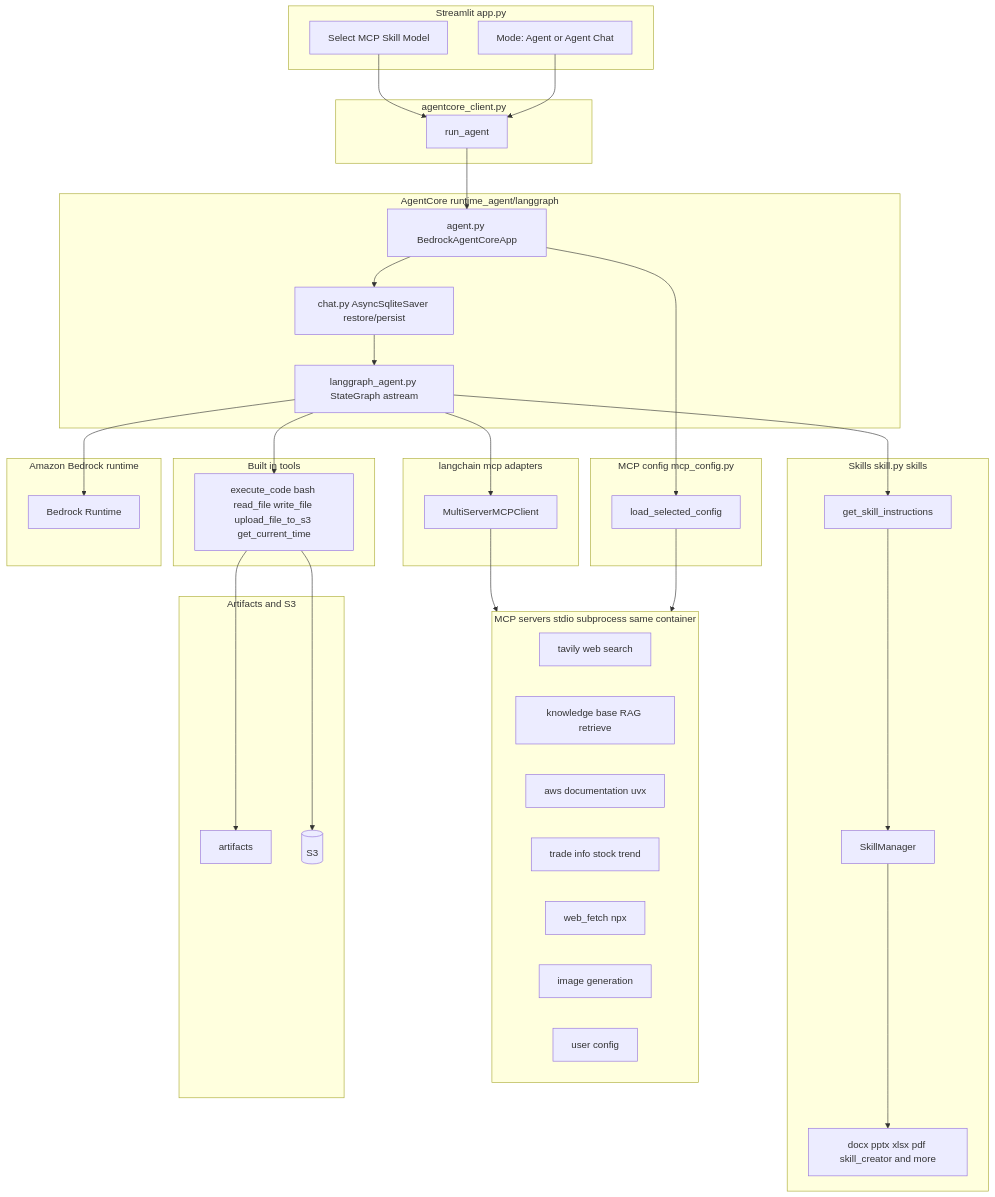
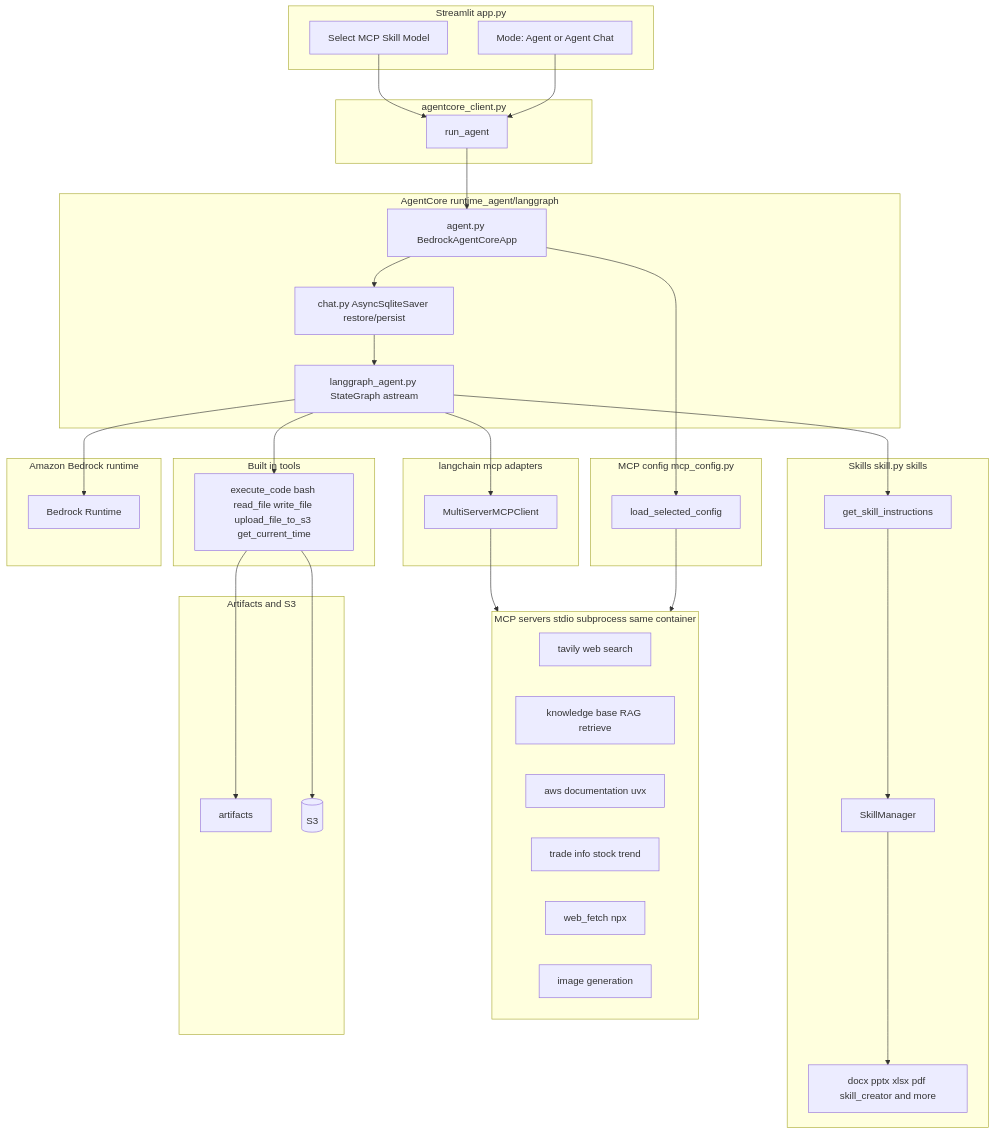
Before and after one commit to kyopark2014/agentic-work: the first of 3 diagrams in README.md, drawn with Mermaid. The commit also changed other lines of this file and 3 other files, not shown here.

````diff
--- a/README.md
+++ b/README.md
@@ -21,75 +21,74 @@
 ```mermaid
 flowchart TB
   subgraph UI["Streamlit app.py"]
     MODE["Mode: Agent or Agent Chat"]
     SEL["Select MCP Skill Model"]
   end
 
   subgraph Client["agentcore_client.py"]
     RA[run_agent]
   end
 
   subgraph Runtime["AgentCore runtime_agent/langgraph"]
     AG["agent.py BedrockAgentCoreApp"]
     CHAT["chat.py AsyncSqliteSaver restore/persist"]
     LGA["langgraph_agent.py StateGraph astream"]
   end
 
   subgraph BuiltIn["Built in tools"]
     LGB["execute_code bash read_file write_file upload_file_to_s3 get_current_time"]
   end
 
   subgraph Skills["Skills skill.py skills"]
     SKM[SkillManager]
     SKT[get_skill_instructions]
     SKD["docx pptx xlsx pdf skill_creator and more"]
   end
 
   subgraph MCPConfig["MCP config mcp_config.py"]
     LSC[load_selected_config]
   end
 
   subgraph MCPLocal["MCP servers stdio subprocess same container"]
     TV["tavily web search"]
     KB["knowledge base RAG retrieve"]
     AD["aws documentation uvx"]
     TI["trade info stock trend"]
     WF["web_fetch npx"]
     IG[image generation]
-    UC["user config"]
   end
 
   subgraph MCPClient["langchain mcp adapters"]
     LGM[MultiServerMCPClient]
   end
 
   subgraph LLM["Amazon Bedrock runtime"]
     BR[Bedrock Runtime]
   end
 
   subgraph Storage["Artifacts and S3"]
     ART[artifacts]
     S3[(S3)]
   end
 
   MODE --> RA
   SEL --> RA
 
   RA --> AG
   AG --> CHAT
   CHAT --> LGA
   LGA --> BR
   LGA --> LGB
   LGA --> LGM
   LGA --> SKT
 
   SKT --> SKM
   SKM --> SKD
 
   AG --> LSC
   LSC --> MCPLocal
   LGM --> MCPLocal
 
   LGB --> ART
   LGB --> S3
 ```
````
